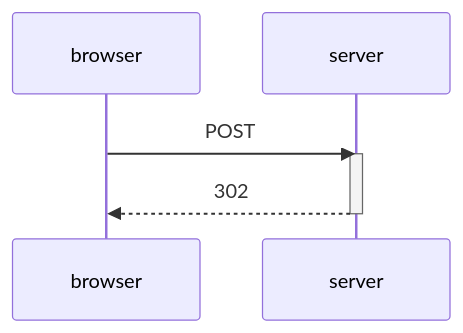
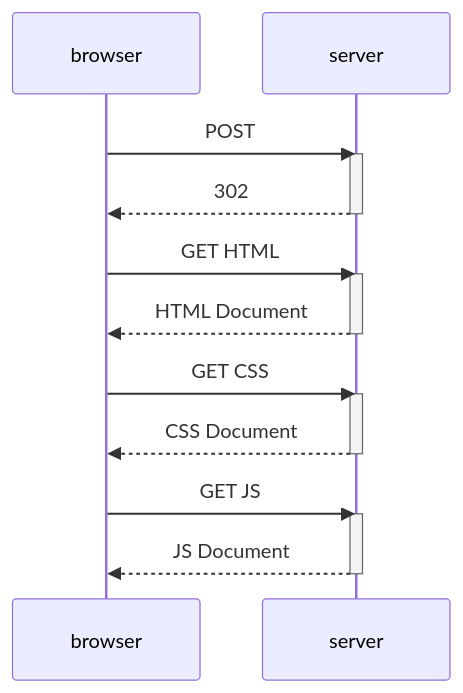
One commit to iamkevinseaman/fullstackopen changed the diagram in part0/new-note-diagram.md. Above: the diagram before and after it, drawn with Mermaid.

Commit message:
Build out sequence diagram

````diff
--- a/part0/new-note-diagram.md
+++ b/part0/new-note-diagram.md
@@ -1,10 +1,26 @@
 ```mermaid
     sequenceDiagram
         participant browser
         participant server
         
         browser->>server: POST 
         activate server
         server-->>browser: 302
         deactivate server
+        
+        browser->>server: GET HTML
+        activate server
+        server-->>browser: HTML Document
+        deactivate server
+        
+        browser->>server: GET CSS
+        activate server
+        server-->>browser: CSS Document
+        deactivate server
+        
+        browser->>server: GET JS
+        activate server
+        server-->>browser: JS Document
+        deactivate server
+        
 ```
````
